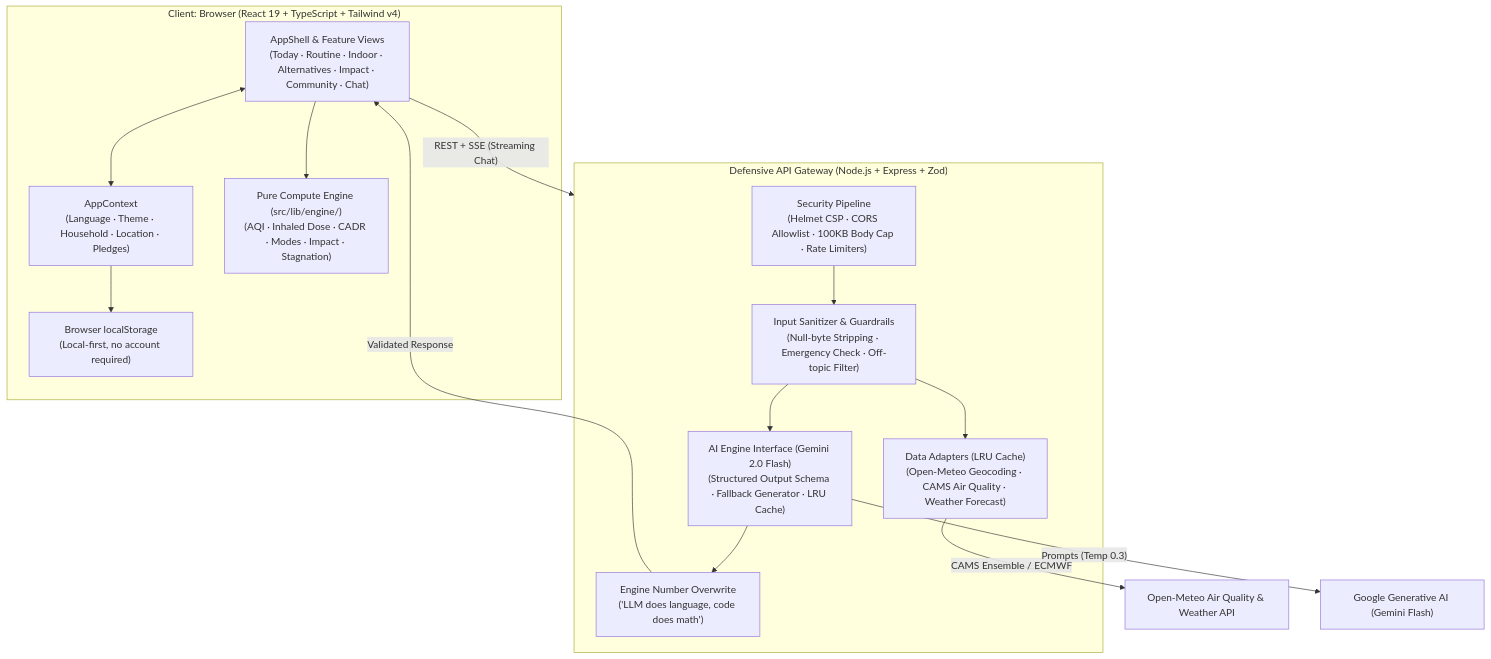
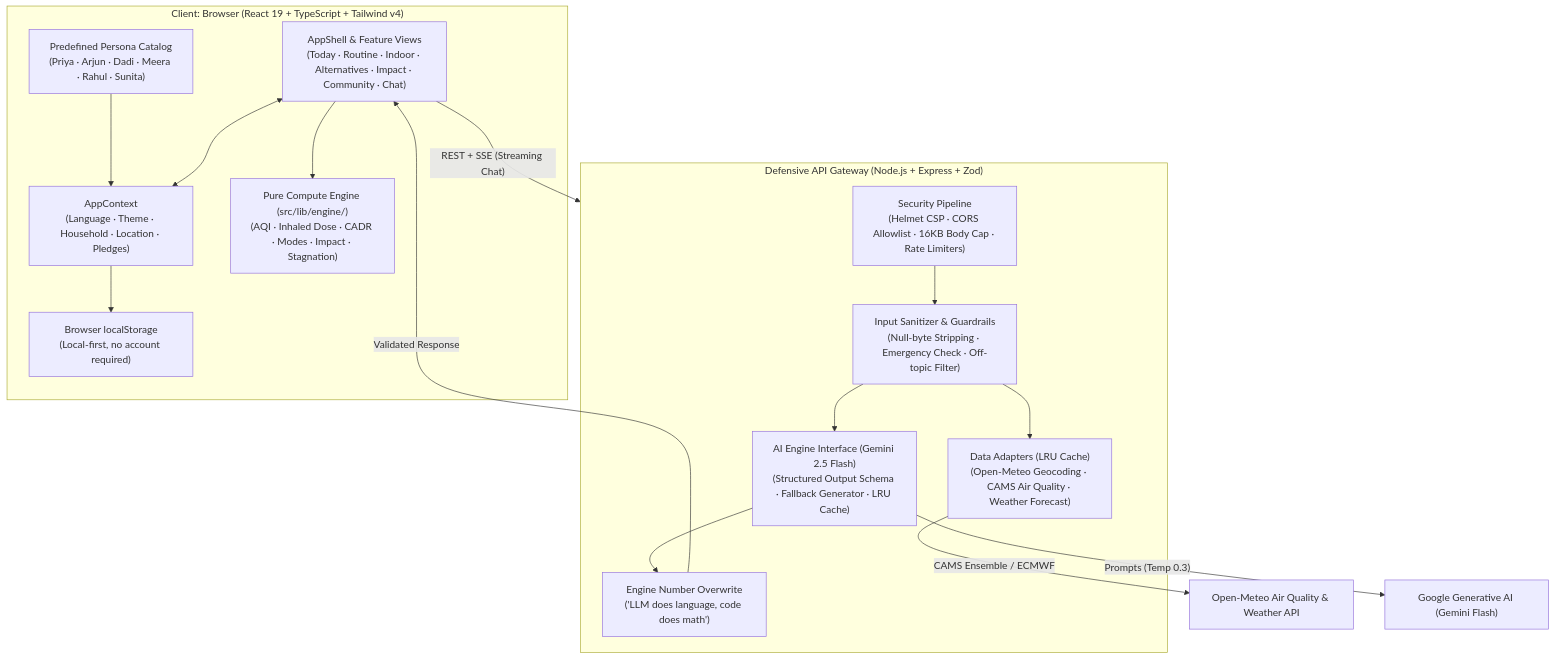
Before and after one commit to Harshit-925/Breathewise: the diagram in README.md, drawn with Mermaid. The commit also changed other lines of this file and 3 other files, not shown here.

````diff
--- a/README.md
+++ b/README.md
@@ -9,31 +36,33 @@
 ```mermaid
 flowchart TD
     subgraph Browser ["Client: Browser (React 19 + TypeScript + Tailwind v4)"]
         UI["AppShell & Feature Views\n(Today · Routine · Indoor · Alternatives · Impact · Community · Chat)"]
+        Personas["Predefined Persona Catalog\n(Priya · Arjun · Dadi · Meera · Rahul · Sunita)"]
         Context["AppContext\n(Language · Theme · Household · Location · Pledges)"]
         Engine["Pure Compute Engine (src/lib/engine/)\n(AQI · Inhaled Dose · CADR · Modes · Impact · Stagnation)"]
         Storage["Browser localStorage\n(Local-first, no account required)"]
         
+        Personas --> Context
         UI <--> Context
         Context --> Storage
         UI --> Engine
     end
 
     subgraph Gateway ["Defensive API Gateway (Node.js + Express + Zod)"]
-        SecMW["Security Pipeline\n(Helmet CSP · CORS Allowlist · 100KB Body Cap · Rate Limiters)"]
+        SecMW["Security Pipeline\n(Helmet CSP · CORS Allowlist · 16KB Body Cap · Rate Limiters)"]
         Sanitize["Input Sanitizer & Guardrails\n(Null-byte Stripping · Emergency Check · Off-topic Filter)"]
         Adapters["Data Adapters (LRU Cache)\n(Open-Meteo Geocoding · CAMS Air Quality · Weather Forecast)"]
-        AIGateway["AI Engine Interface (Gemini 2.0 Flash)\n(Structured Output Schema · Fallback Generator · LRU Cache)"]
+        AIGateway["AI Engine Interface (Gemini 2.5 Flash)\n(Structured Output Schema · Fallback Generator · LRU Cache)"]
         Overwrite["Engine Number Overwrite\n('LLM does language, code does math')"]
         
         SecMW --> Sanitize
         Sanitize --> Adapters
         Sanitize --> AIGateway
         AIGateway --> Overwrite
     end
 
     UI -- "REST + SSE (Streaming Chat)" --> Gateway
     Overwrite -- "Validated Response" --> UI
     Adapters -- "CAMS Ensemble / ECMWF" --> ExternalAPIs["Open-Meteo Air Quality & Weather API"]
     AIGateway -- "Prompts (Temp 0.3)" --> GeminiAPI["Google Generative AI (Gemini Flash)"]
 ```
````
